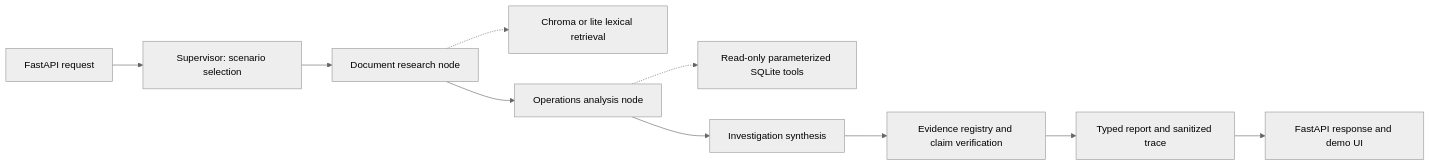
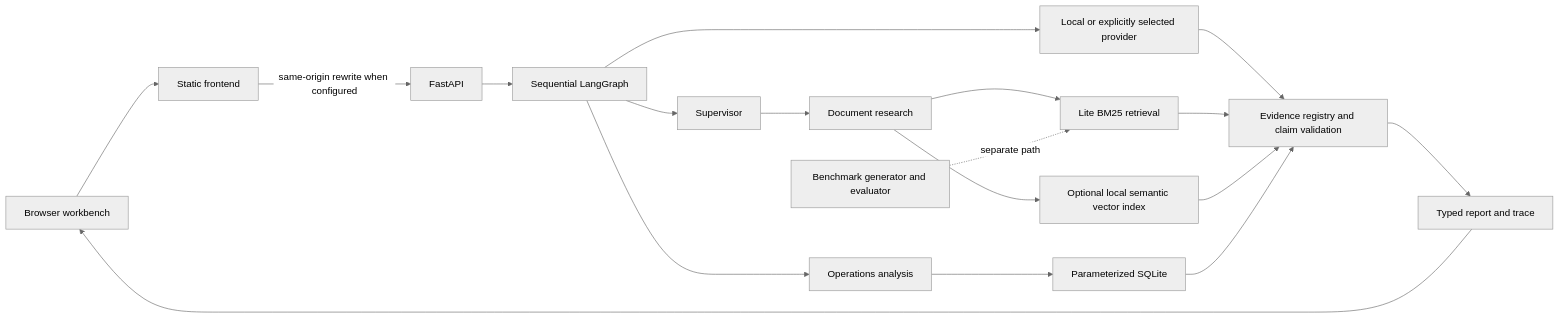
One commit to itsmyfacade/RAG-AI-Evidence-Grounded-Intelligence-System changed the diagram in README.md. Above: the diagram before and after it, drawn with Mermaid (neutral theme). The commit also changed other lines of this file and 34 other files, not shown here.

First line of the commit message:
Finalize AEGIS evidence-grounded investigation showcase (#4)

````diff
--- a/README.md
+++ b/README.md
@@ -15,12 +46,20 @@
 ```mermaid
 flowchart LR
-    U[FastAPI request] --> S[Supervisor: scenario selection]
-    S --> D[Document research node]
-    D -.-> R[Chroma or lite lexical retrieval]
-    D --> O[Operations analysis node]
-    O -.-> Q[Read-only parameterized SQLite tools]
-    O --> I[Investigation synthesis]
-    I --> V[Evidence registry and claim verification]
-    V --> F[Typed report and sanitized trace]
-    F --> API[FastAPI response and demo UI]
+    B[Browser workbench] --> F[Static frontend]
+    F -->|same-origin rewrite when configured| A[FastAPI]
+    A --> G[Sequential LangGraph]
+    G --> S[Supervisor]
+    S --> D[Document research]
+    D --> L[Lite BM25 retrieval]
+    D --> C[Optional local semantic vector index]
+    G --> O[Operations analysis]
+    O --> Q[Parameterized SQLite]
+    G --> Y[Local or explicitly selected provider]
+    Y --> V[Evidence registry and claim validation]
+    L --> V
+    C --> V
+    Q --> V
+    V --> R[Typed report and trace]
+    R --> B
+    E[Benchmark generator and evaluator] -. separate path .-> L
 ```
````
